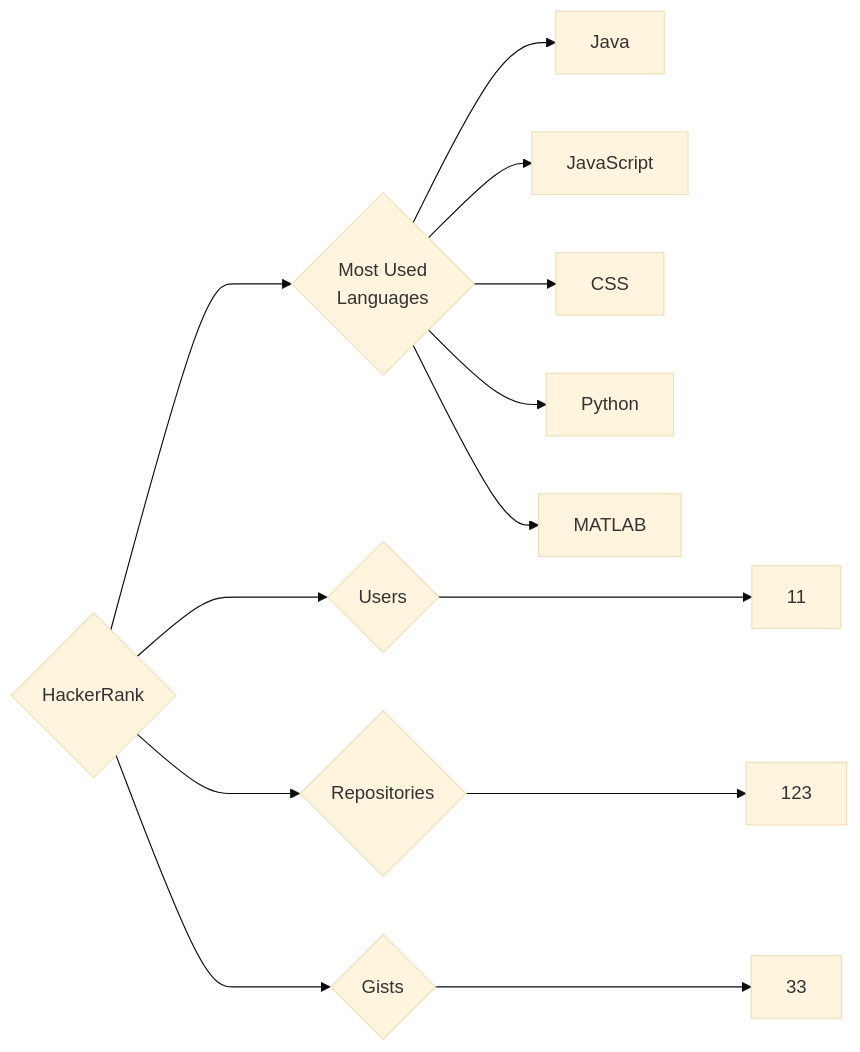
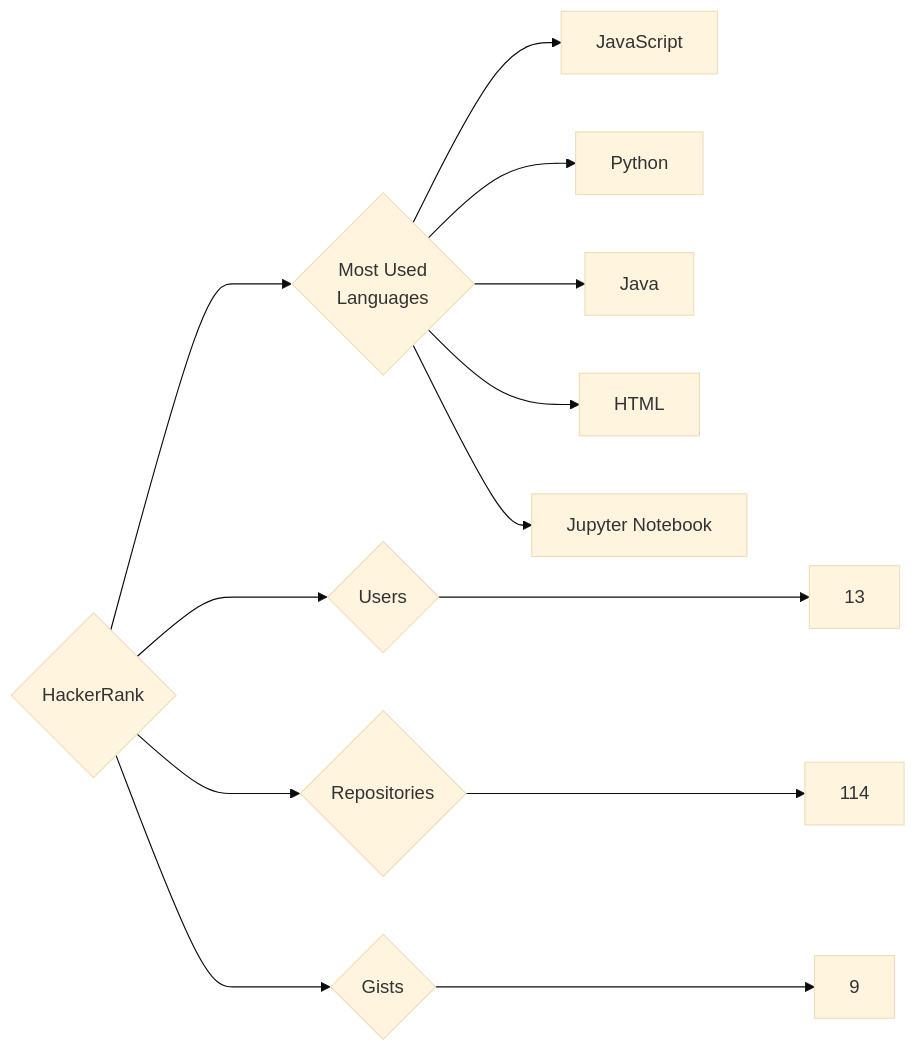
Before and after one commit to trickest/insiders: the diagram in targets/HackerRank/README.md, drawn with Mermaid (base theme). The commit also changed 953 other files, not shown here.

````diff
--- a/targets/HackerRank/README.md
+++ b/targets/HackerRank/README.md
@@ -3,13 +3,13 @@
 ```mermaid
 graph LR
 COMPANY_NAME{HackerRank}
-COMPANY_NAME ---> U{Users} ---> UN[11]
-COMPANY_NAME ---> R{Repositories} ---> RN[123]
-COMPANY_NAME ---> G{Gists} ---> GN[33]
+COMPANY_NAME ---> U{Users} ---> UN[13]
+COMPANY_NAME ---> R{Repositories} ---> RN[114]
+COMPANY_NAME ---> G{Gists} ---> GN[9]
 COMPANY_NAME ---> ML{Most Used<br>Languages}
+ML --> JavaScript[JavaScript]
+ML --> Python[Python]
 ML --> Java[Java]
-ML --> JavaScript[JavaScript]
-ML --> CSS[CSS]
-ML --> Python[Python]
-ML --> MATLAB[MATLAB]
+ML --> HTML[HTML]
+ML --> Jupyter_Notebook[Jupyter Notebook]
 ```
````
